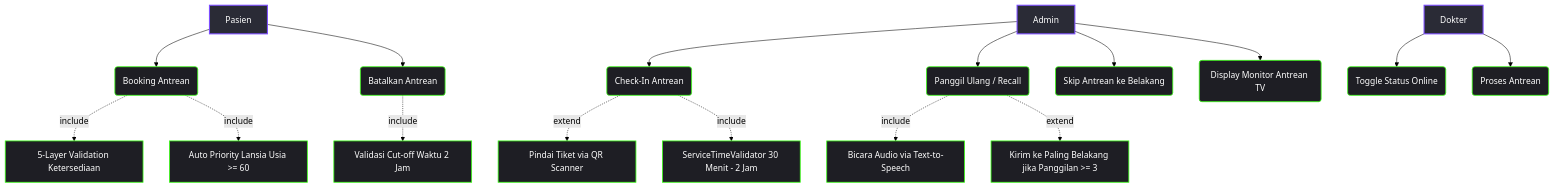
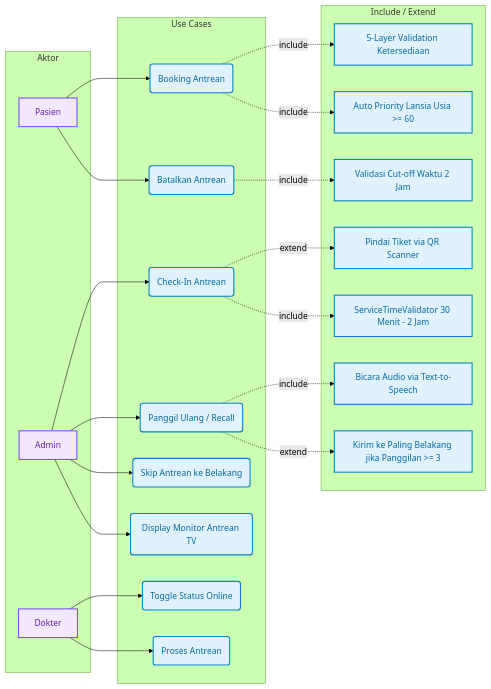
One commit to Rezi14/NalaSeva-Mobile-Test changed the third of 6 diagrams in dokumentasi/USECASE_DIAGRAM.md. Above: the diagram before and after it, drawn with Mermaid (forest theme). The commit also changed other lines of this file and 1 other file, not shown here.

````diff
--- a/dokumentasi/USECASE_DIAGRAM.md
+++ b/dokumentasi/USECASE_DIAGRAM.md
@@ -122,26 +145,51 @@
 ```mermaid
-flowchart TD
-  classDef actorStyle fill:#2a2b36,stroke:#7c4dff,stroke-width:2px,color:#fff;
-  classDef usecaseStyle fill:#1e1e24,stroke:#39ff14,stroke-width:1.5px,color:#fff;
+flowchart LR
+  classDef actorStyle fill:#f3e8ff,stroke:#7c4dff,stroke-width:2px,color:#6b21a8;
+  classDef usecaseStyle fill:#e0f2fe,stroke:#0284c7,stroke-width:2px,color:#0369a1;
 
-  Pasien[Pasien]:::actorStyle --> UC_Book(Booking Antrean):::usecaseStyle
-  Pasien --> UC_Cancel(Batalkan Antrean):::usecaseStyle
-  Admin[Admin]:::actorStyle --> UC_CheckIn(Check-In Antrean):::usecaseStyle
-  Admin --> UC_Recall(Panggil Ulang / Recall):::usecaseStyle
-  Admin --> UC_Skip(Skip Antrean ke Belakang):::usecaseStyle
-  Admin --> UC_TV(Display Monitor Antrean TV):::usecaseStyle
-  
-  Dokter[Dokter]:::actorStyle --> UC_Status(Toggle Status Online):::usecaseStyle
-  Dokter --> UC_Proc(Proses Antrean):::usecaseStyle
+  subgraph Actors [Aktor]
+    Pasien[Pasien]:::actorStyle
+    Dokter[Dokter]:::actorStyle
+    Admin[Admin]:::actorStyle
+  end
 
-  UC_Book -.->|include| UC_Val5[5-Layer Validation Ketersediaan]:::usecaseStyle
-  UC_Book -.->|include| UC_Priority["Auto Priority Lansia Usia >= 60"]:::usecaseStyle
-  
-  UC_Cancel -.->|include| UC_Cutoff[Validasi Cut-off Waktu 2 Jam]:::usecaseStyle
-  
-  UC_CheckIn -.->|extend| UC_QR[Pindai Tiket via QR Scanner]:::usecaseStyle
-  UC_CheckIn -.->|include| UC_TimeVal[ServiceTimeValidator 30 Menit - 2 Jam]:::usecaseStyle
-  
-  UC_Recall -.->|include| UC_TTS[Bicara Audio via Text-to-Speech]:::usecaseStyle
-  UC_Recall -.->|extend| UC_RecallLimit["Kirim ke Paling Belakang jika Panggilan >= 3"]:::usecaseStyle
+  subgraph UseCases [Use Cases]
+    UC_Book(Booking Antrean):::usecaseStyle
+    UC_Cancel(Batalkan Antrean):::usecaseStyle
+    UC_CheckIn(Check-In Antrean):::usecaseStyle
+    UC_Recall(Panggil Ulang / Recall):::usecaseStyle
+    UC_Skip(Skip Antrean ke Belakang):::usecaseStyle
+    UC_TV(Display Monitor Antrean TV):::usecaseStyle
+    UC_Status(Toggle Status Online):::usecaseStyle
+    UC_Proc(Proses Antrean):::usecaseStyle
+  end
+
+  subgraph Details [Include / Extend]
+    UC_Val5[5-Layer Validation Ketersediaan]:::usecaseStyle
+    UC_Priority["Auto Priority Lansia Usia >= 60"]:::usecaseStyle
+    UC_Cutoff[Validasi Cut-off Waktu 2 Jam]:::usecaseStyle
+    UC_QR[Pindai Tiket via QR Scanner]:::usecaseStyle
+    UC_TimeVal[ServiceTimeValidator 30 Menit - 2 Jam]:::usecaseStyle
+    UC_TTS[Bicara Audio via Text-to-Speech]:::usecaseStyle
+    UC_RecallLimit["Kirim ke Paling Belakang jika Panggilan >= 3"]:::usecaseStyle
+  end
+
+  %% Actor Connections
+  Pasien --> UC_Book
+  Pasien --> UC_Cancel
+  Dokter --> UC_Status
+  Dokter --> UC_Proc
+  Admin --> UC_CheckIn
+  Admin --> UC_Recall
+  Admin --> UC_Skip
+  Admin --> UC_TV
+
+  %% Relations
+  UC_Book -.->|include| UC_Val5
+  UC_Book -.->|include| UC_Priority
+  UC_Cancel -.->|include| UC_Cutoff
+  UC_CheckIn -.->|extend| UC_QR
+  UC_CheckIn -.->|include| UC_TimeVal
+  UC_Recall -.->|include| UC_TTS
+  UC_Recall -.->|extend| UC_RecallLimit
 ```
````
